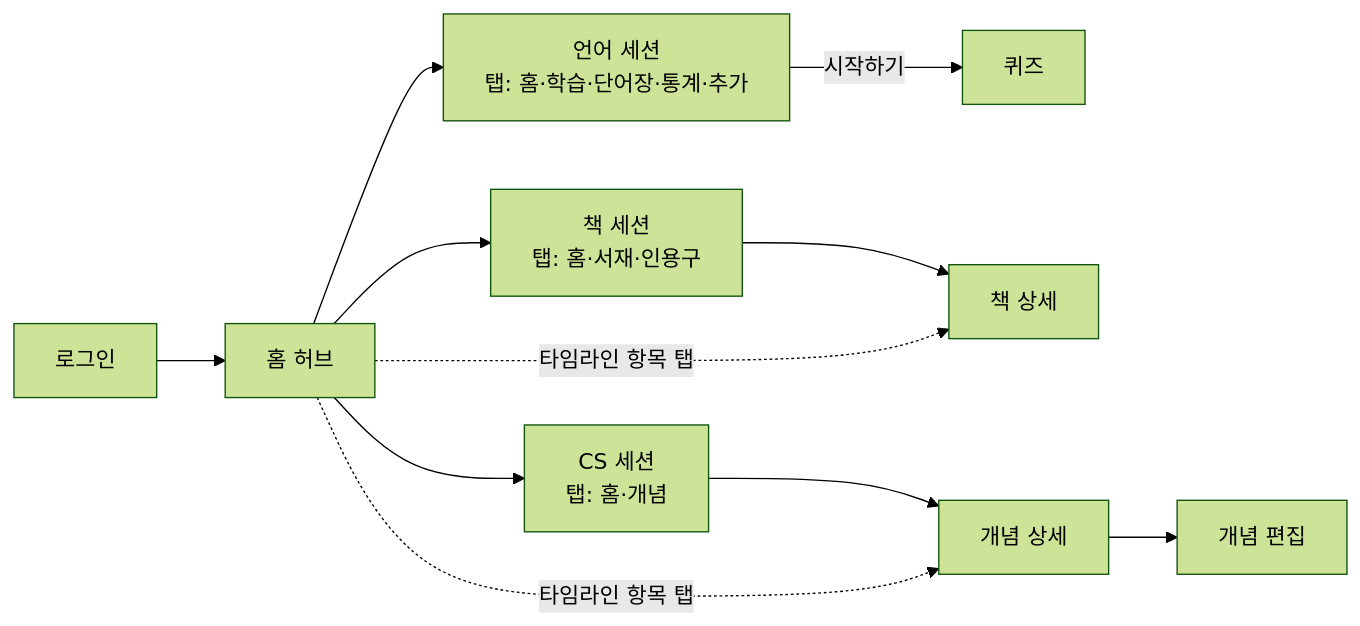
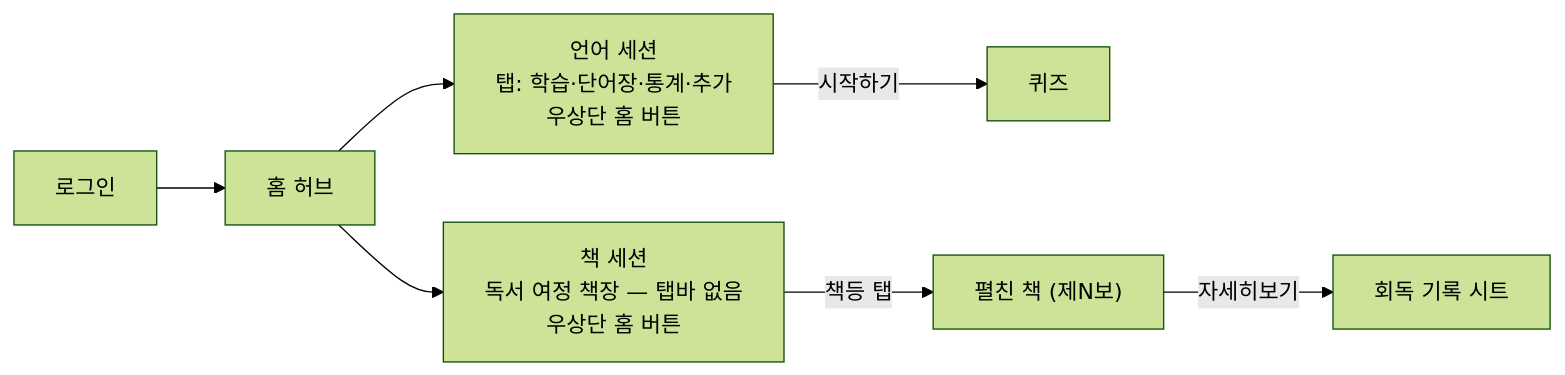
The first of 7 diagrams in docs/14-flows.md (LeeSongHeon-LSH/LSHobby), drawn with Mermaid (forest theme) before and after one commit. The commit also changed other lines of this file and 12 other files, not shown here.

````diff
--- a/docs/14-flows.md
+++ b/docs/14-flows.md
@@ -9,12 +11,9 @@
 ```mermaid
 flowchart LR
     L[로그인] --> H[홈 허브]
-    H --> LA["언어 세션<br/>탭: 홈·학습·단어장·통계·추가"]
-    H --> LI["책 세션<br/>탭: 홈·서재·인용구"]
-    H --> KN["CS 세션<br/>탭: 홈·개념"]
+    H --> LA["언어 세션<br/>탭: 학습·단어장·통계·추가<br/>우상단 홈 버튼"]
+    H --> LI["책 세션<br/>독서 여정 책장 — 탭바 없음<br/>우상단 홈 버튼"]
     LA -- 시작하기 --> QZ[퀴즈]
-    LI --> BD[책 상세]
-    KN --> CD[개념 상세]
-    CD --> CE[개념 편집]
-    H -. 타임라인 항목 탭 .-> BD & CD
+    LI -- 책등 탭 --> JB["펼친 책 (제N보)"]
+    JB -- 자세히보기 --> BS["회독 기록 시트"]
 ```
````
